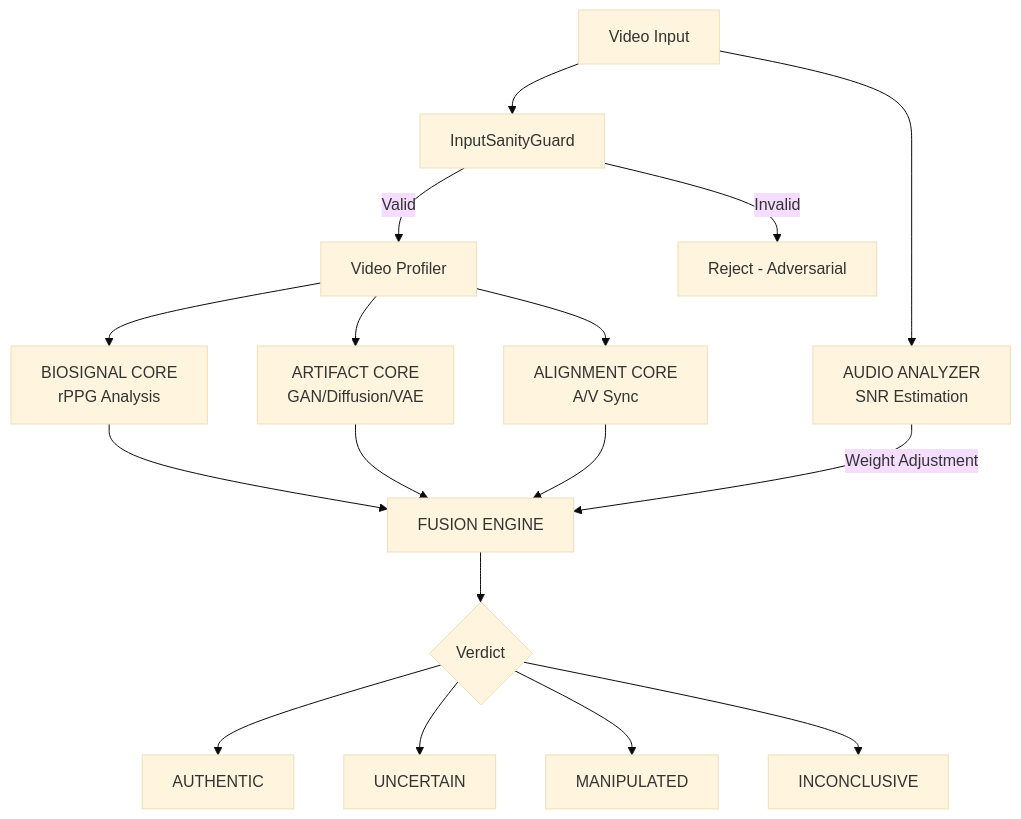
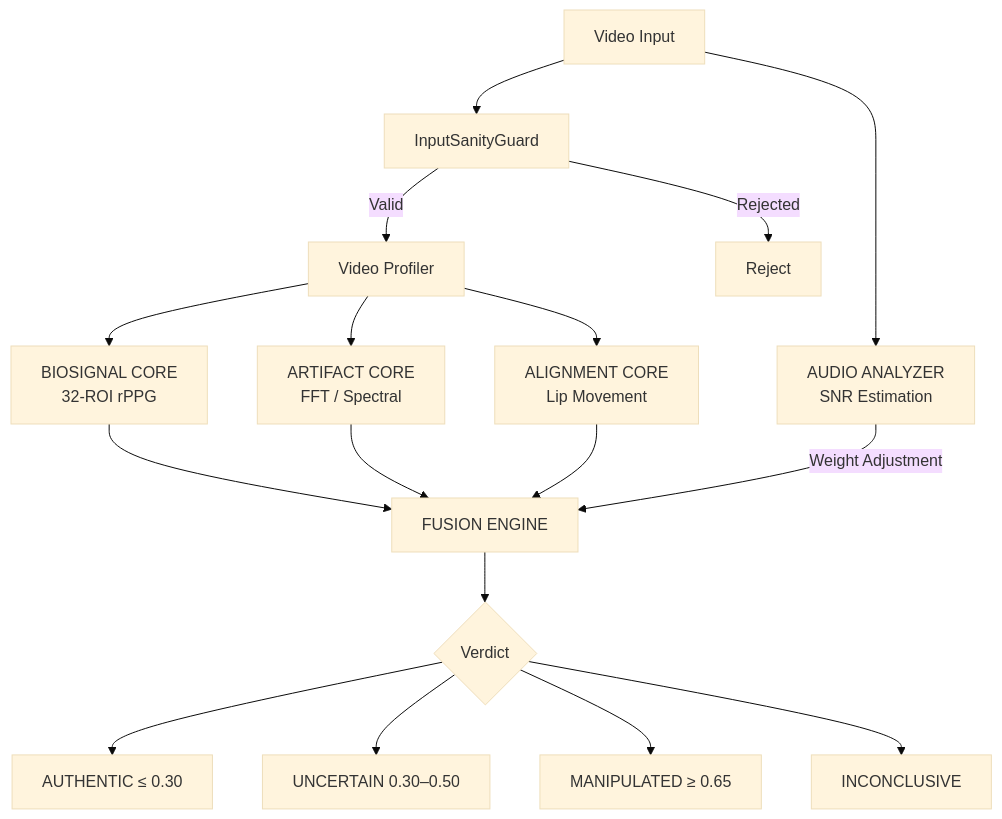
One commit to AhmetSeyhan/Scanner2 changed the diagram in README.md. Above: the diagram before and after it, drawn with Mermaid (base theme). The commit also changed other lines of this file and 8 other files, not shown here.

````diff
--- a/README.md
+++ b/README.md
@@ -108,22 +114,22 @@
 ```mermaid
 graph TD
     INPUT[Video Input] --> SG[InputSanityGuard]
     SG --> |Valid| PROF[Video Profiler]
-    SG --> |Invalid| REJECT[Reject - Adversarial]
+    SG --> |Rejected| REJECT[Reject]
 
-    PROF --> BIO[BIOSIGNAL CORE<br/>rPPG Analysis]
-    PROF --> ART[ARTIFACT CORE<br/>GAN/Diffusion/VAE]
-    PROF --> ALI[ALIGNMENT CORE<br/>A/V Sync]
+    PROF --> BIO[BIOSIGNAL CORE<br/>32-ROI rPPG]
+    PROF --> ART[ARTIFACT CORE<br/>FFT / Spectral]
+    PROF --> ALI[ALIGNMENT CORE<br/>Lip Movement]
     INPUT --> AUD[AUDIO ANALYZER<br/>SNR Estimation]
 
     BIO --> FE[FUSION ENGINE]
     ART --> FE
     ALI --> FE
     AUD --> |Weight Adjustment| FE
 
     FE --> V{Verdict}
-    V --> AUTH[AUTHENTIC]
-    V --> UNC[UNCERTAIN]
-    V --> MAN[MANIPULATED]
+    V --> AUTH[AUTHENTIC ≤ 0.30]
+    V --> UNC[UNCERTAIN 0.30–0.50]
+    V --> MAN[MANIPULATED ≥ 0.65]
     V --> INC[INCONCLUSIVE]
 ```
````
